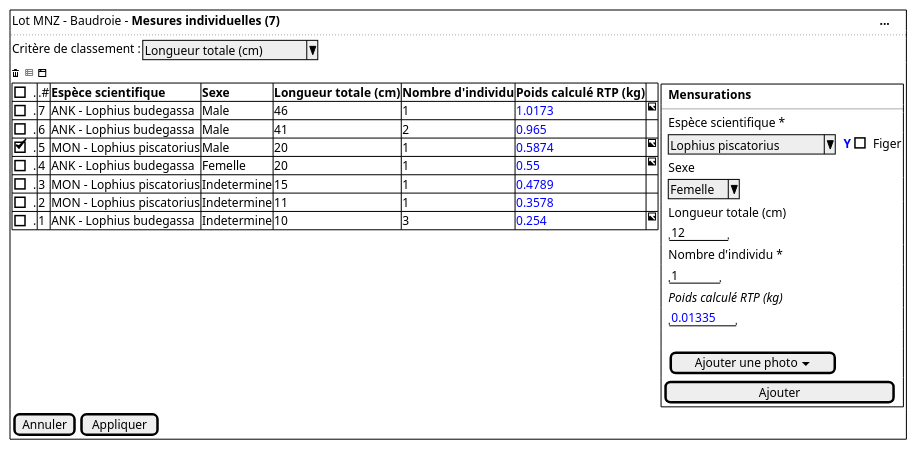
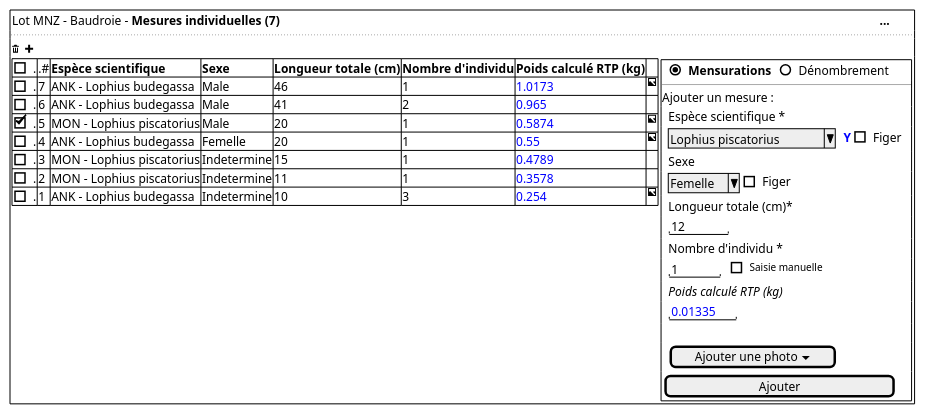
Before and after one commit to sumaris-net/sumaris-doc: the diagram in projects/common/spe/images/individual-measures.puml, drawn with PlantUML. The commit also changed 12 other files, not shown here.

```diff
--- a/projects/common/spe/images/individual-measures.puml
+++ b/projects/common/spe/images/individual-measures.puml
@@ -1,48 +1,46 @@
 @startsalt
  {+
   { Lot MNZ - Baudroie - <b>Mesures individuelles (7) | . | . |. |. |. |. |. |. |. |. |. |. |. |. |. |. |. |. |. |. |. |. |. |. |. |. |. |. |. |. |. |. |. |. |. |. |. |. |. |. |. |. |. |. |. |. |. |. |. |. |. |. |. |. |. |. |. |. |. |. |. |. |. |. |. |. |. |. |. |. |. |. |. |. |. |. |. |. |. |. |. |. |. |. |. |. |. |. |. |. |. |. |. |. |. |. |. |. |. |. |. |. |. |. |. |. |. |. |. |. |. |. |. |. |<b> ...}
   ..
-
-  { | Critère de classement : | ^Longueur totale (cm)^ | .  }
-
-  <&trash> <color:grey><&spreadsheet></color> <&browser>
+  <&trash> <&plus>
 
   {
 	{#
       [].| .# | <b>Espèce scientifique | <b>Sexe | <b>Longueur totale (cm) | <b>Nombre d'individu | <b>Poids calculé RTP (kg) | .
       [].| 7 | ANK - Lophius budegassa   | Male | 46 | 1 | <color:blue>1.0173 | <&image>
       [].| 6 | ANK - Lophius budegassa   | Male | 41 | 2 |<color:blue>0.965 | .
       [X].| 5 | MON - Lophius piscatorius | Male | 20 | 1 | <color:blue>0.5874 | <&image>
       [].| 4 | ANK - Lophius budegassa   | Femelle | 20 | 1 | <color:blue>0.55 | <&image>
       [].| 3 | MON - Lophius piscatorius | Indetermine | 15 | 1 | <color:blue>0.4789 | .
       [].| 2 | MON - Lophius piscatorius | Indetermine | 11 | 1 | <color:blue>0.3578 | .
       [].| 1 | ANK - Lophius budegassa   | Indetermine | 10 | 3 | <color:blue>0.254 | <&image>
     } |
 
     {
       {+
-        { | . |  <b>Mensurations  | . | . | . | . | . }
+        { | . |  (X)<b>Mensurations  | . | ()Dénombrement | . | . | . | . }
         --
+        Ajouter un mesure :
         { | . | Espèce scientifique * | . }
         { | . | ^Lophius piscatorius^| .  | <color:blue><b>Y | [ ] Figer }
 
         { | . | Sexe  | . }
-        { | . | ^Femelle^  }
+        { | . | ^Femelle^ | [ ] Figer }
 
-        { | . | Longueur totale (cm) | .  }
+        { | . | Longueur totale (cm)* | .  }
         { | . | "   12  "  }
 
         { | . | Nombre d'individu * | .  }
-        { | . | "   1  "  | .   }
+        { | . | "   1  "  | . | [ ] <font size=10>Saisie manuelle    }
 
         { | . | <i>Poids calculé RTP (kg)  | . }
         { | . | "<color:blue>0.01335 " | .  }
         .
         { | . | [Ajouter une photo <&caret-bottom>]  }
         { [                     Ajouter] }
         }
      }
     }
-    {[Annuler] | [Appliquer]}
+
   }
 @endsalt
```
